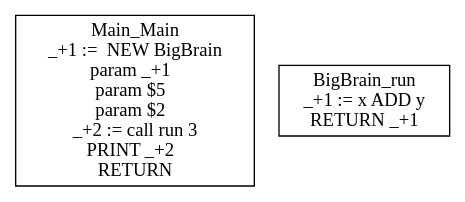
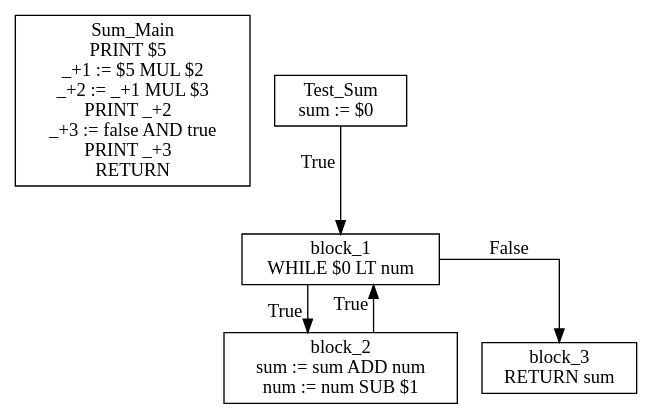
Before and after one commit to AvanaPY/DV1655_Lab1: the diagram in IR.dot, drawn with Graphviz. The commit also changed 7 other files, not shown here.

```diff
--- a/IR.dot
+++ b/IR.dot
@@ -1,6 +1,13 @@
 digraph {
   graph [splines=ortho]
   node [shape=box]
-  Main_Main [label="Main_Main\n_+1 :=  NEW BigBrain\nparam _+1  \nparam $5  \nparam $2  \n_+2 := call run 3\nPRINT _+2  \nRETURN \n"];
-  BigBrain_run [label="BigBrain_run\n_+1 := x ADD y\nRETURN _+1\n"];
+  Sum_Main [label="Sum_Main\nPRINT $5  \n_+1 := $5 MUL $2\n_+2 := _+1 MUL $3\nPRINT _+2  \n_+3 := false AND true\nPRINT _+3  \nRETURN \n"];
+  Test_Sum [label="Test_Sum\nsum := $0  \n"];
+  Test_Sum -> block_1[xlabel="True"];
+  block_1 [label="block_1\nWHILE $0 LT num\n"];
+  block_1 -> block_2[xlabel="True"];
+  block_2 [label="block_2\nsum := sum ADD num\nnum := num SUB $1\n"];
+  block_2 -> block_1[xlabel="True"];
+  block_1 -> block_3[xlabel="False"];
+  block_3 [label="block_3\nRETURN sum\n"];
 }
```
